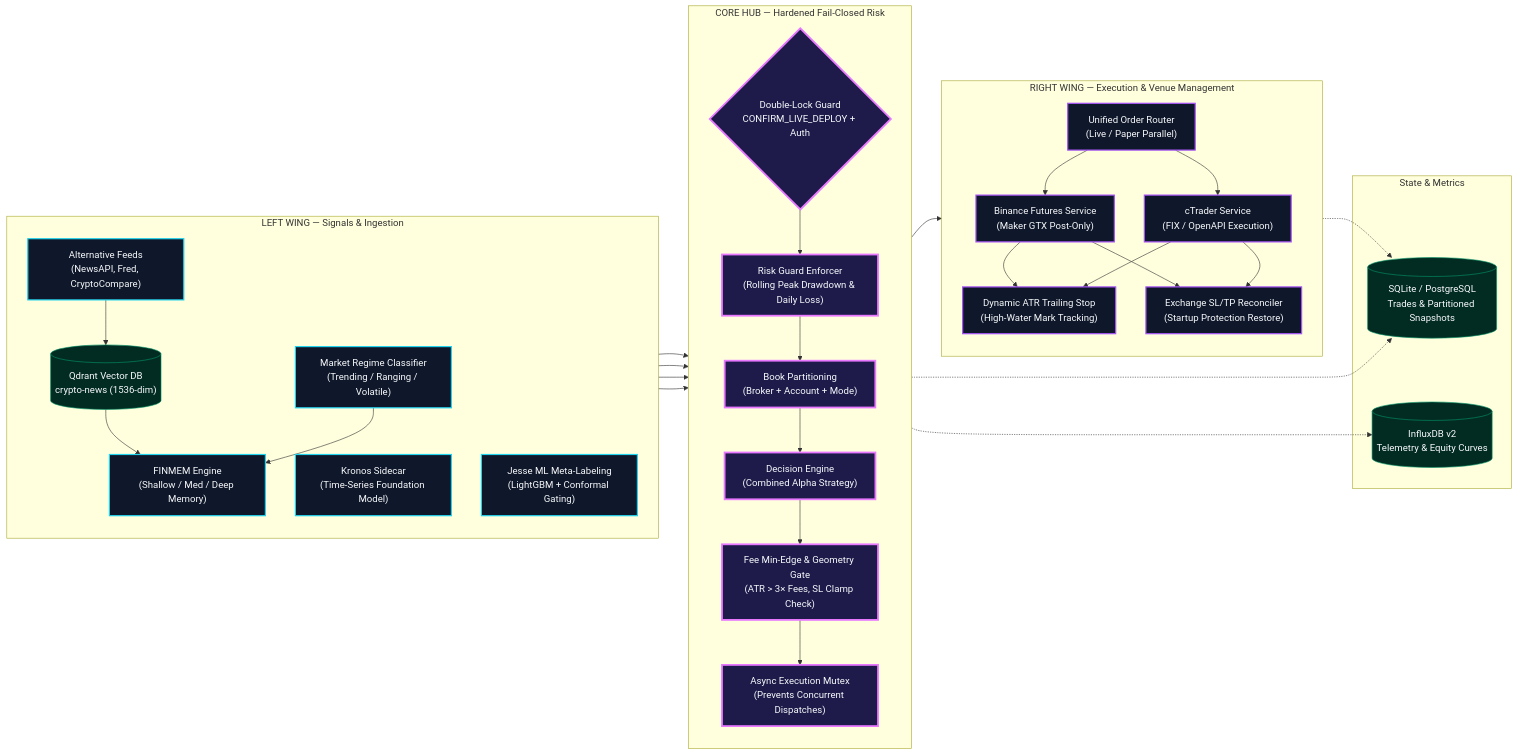
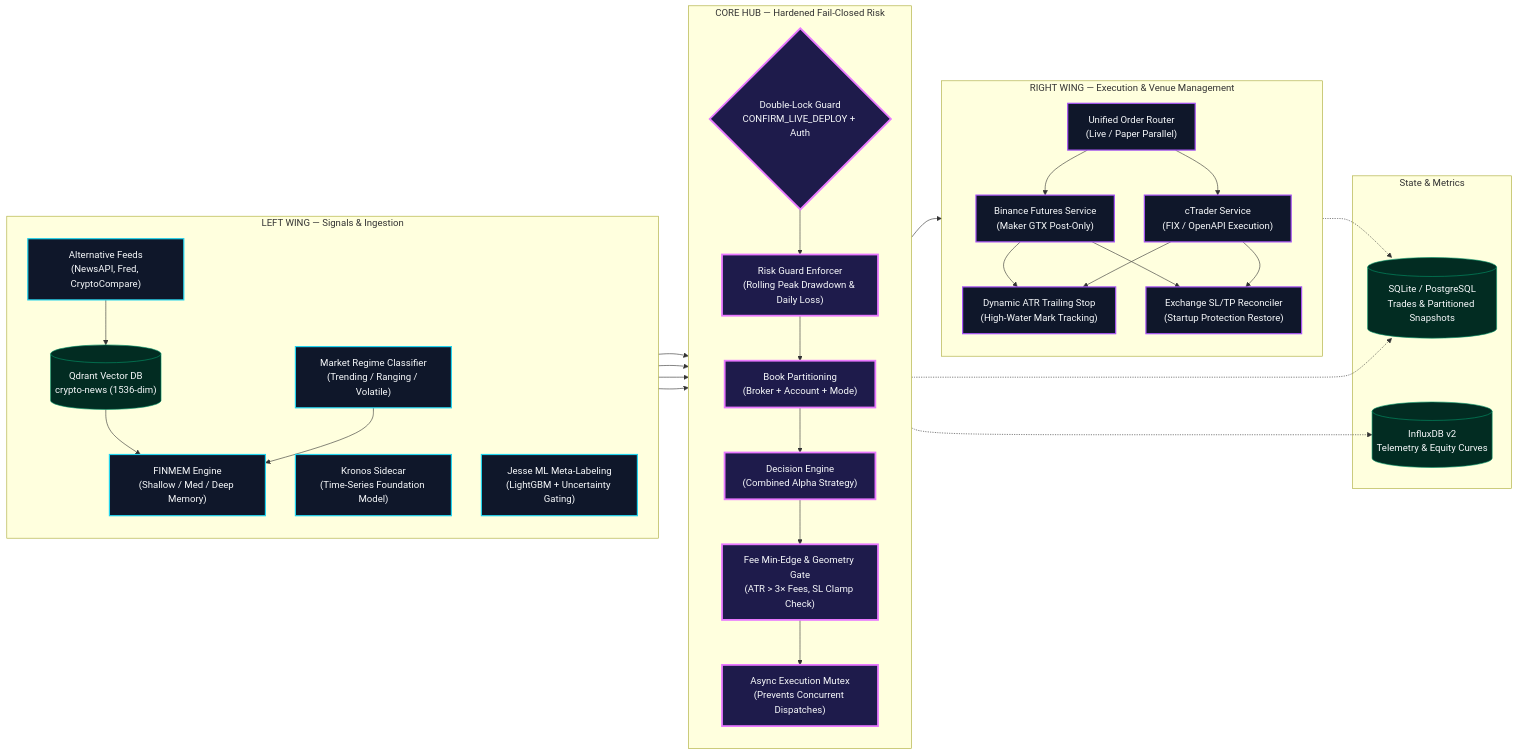
The diagram in README.md (inimene84/ai-trading-platform.), drawn with Mermaid before and after one commit. The commit also changed other lines of this file and 2 other files, not shown here.

First line of the commit message:
refactor(ml): name the Jesse uncertainty margin what it actually is

````diff
--- a/README.md
+++ b/README.md
@@ -42,68 +42,68 @@
 ```mermaid
 flowchart LR
     classDef leftWing fill:#0f172a,stroke:#22d3ee,stroke-width:2px,color:#f8fafc;
     classDef centerCore fill:#1e1b4b,stroke:#e879ff,stroke-width:3px,color:#f8fafc;
     classDef rightWing fill:#0f172a,stroke:#a855f7,stroke-width:2px,color:#f8fafc;
     classDef storage fill:#022c22,stroke:#059669,stroke-width:1px,color:#f8fafc;
 
     subgraph LeftWing["LEFT WING — Signals & Ingestion"]
         direction TB
         NEWS["Alternative Feeds<br/>(NewsAPI, Fred, CryptoCompare)"]:::leftWing
         QD_NEWS[("Qdrant Vector DB<br/>crypto-news (1536-dim)")]:::storage
         FINMEM["FINMEM Engine<br/>(Shallow / Med / Deep Memory)"]:::leftWing
         REGIME["Market Regime Classifier<br/>(Trending / Ranging / Volatile)"]:::leftWing
         KRONOS["Kronos Sidecar<br/>(Time-Series Foundation Model)"]:::leftWing
-        JESSE_ML["Jesse ML Meta-Labeling<br/>(LightGBM + Conformal Gating)"]:::leftWing
+        JESSE_ML["Jesse ML Meta-Labeling<br/>(LightGBM + Uncertainty Gating)"]:::leftWing
 
         NEWS --> QD_NEWS
         QD_NEWS --> FINMEM
         REGIME --> FINMEM
     end
 
     subgraph CenterCore["CORE HUB — Hardened Fail-Closed Risk"]
         direction TB
         LIVE_GATE{"Double-Lock Guard<br/>CONFIRM_LIVE_DEPLOY + Auth"}:::centerCore
         RISK_GUARD["Risk Guard Enforcer<br/>(Rolling Peak Drawdown & Daily Loss)"]:::centerCore
         BOOK_PART["Book Partitioning<br/>(Broker + Account + Mode)"]:::centerCore
         DECISION["Decision Engine<br/>(Combined Alpha Strategy)"]:::centerCore
         MIN_EDGE["Fee Min-Edge & Geometry Gate<br/>(ATR > 3× Fees, SL Clamp Check)"]:::centerCore
         EXEC_LOCK["Async Execution Mutex<br/>(Prevents Concurrent Dispatches)"]:::centerCore
 
         LIVE_GATE --> RISK_GUARD
         RISK_GUARD --> BOOK_PART
         BOOK_PART --> DECISION
         DECISION --> MIN_EDGE
         MIN_EDGE --> EXEC_LOCK
     end
 
     subgraph RightWing["RIGHT WING — Execution & Venue Management"]
         direction TB
         ROUTER["Unified Order Router<br/>(Live / Paper Parallel)"]:::rightWing
         BINANCE["Binance Futures Service<br/>(Maker GTX Post-Only)"]:::rightWing
         CTRADER["cTrader Service<br/>(FIX / OpenAPI Execution)"]:::rightWing
         ATR_TRAIL["Dynamic ATR Trailing Stop<br/>(High-Water Mark Tracking)"]:::rightWing
         RECON["Exchange SL/TP Reconciler<br/>(Startup Protection Restore)"]:::rightWing
 
         ROUTER --> BINANCE
         ROUTER --> CTRADER
         BINANCE --> ATR_TRAIL
         CTRADER --> ATR_TRAIL
         BINANCE --> RECON
         CTRADER --> RECON
     end
 
     JESSE_ML --> DECISION
     KRONOS --> DECISION
     FINMEM --> DECISION
     REGIME --> DECISION
     EXEC_LOCK --> ROUTER
 
     subgraph Persistence["State & Metrics"]
         SQL[(SQLite / PostgreSQL<br/>Trades & Partitioned Snapshots)]:::storage
         INFLUX[(InfluxDB v2<br/>Telemetry & Equity Curves)]:::storage
     end
 
     BOOK_PART -.-> SQL
     ROUTER -.-> SQL
     RISK_GUARD -.-> INFLUX
 ```
````
